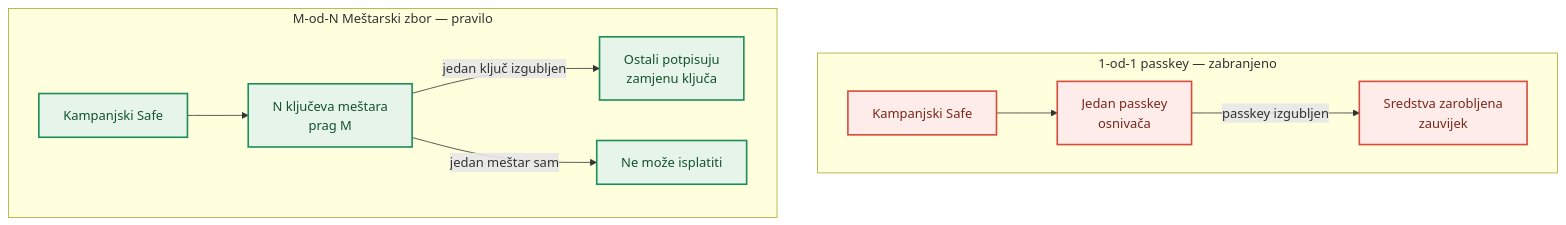
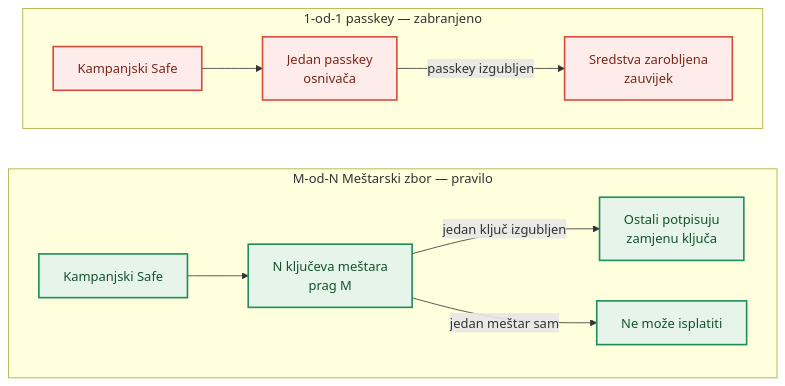
Before and after one commit to dbhzhr/dbhz-novcanik-prototip: the third of 4 diagrams in docs/compliance/sigurnost-i-skrbnistvo.md, drawn with Mermaid. The commit also changed 5 other files, not shown here.

````diff
--- a/docs/compliance/sigurnost-i-skrbnistvo.md
+++ b/docs/compliance/sigurnost-i-skrbnistvo.md
@@ -123,16 +123,17 @@
 ```mermaid
 flowchart TB
     subgraph LOSE["1-od-1 passkey — zabranjeno"]
         A1["Kampanjski Safe"] --> A2["Jedan passkey<br/>osnivača"]
         A2 -->|"passkey izgubljen"| A3["Sredstva zarobljena<br/>zauvijek"]
     end
     subgraph WIN["M-od-N Meštarski zbor — pravilo"]
         B1["Kampanjski Safe"] --> B2["N ključeva meštara<br/>prag M"]
         B2 -->|"jedan ključ izgubljen"| B3["Ostali potpisuju<br/>zamjenu ključa"]
         B2 -->|"jedan meštar sam"| B4["Ne može isplatiti"]
     end
+    LOSE ~~~ WIN
     classDef leak fill:#fdecea,stroke:#d64d3f,stroke-width:2px,color:#7a271a;
     classDef win fill:#e6f4ea,stroke:#1e8e5a,stroke-width:2px,color:#14532d;
     class A1,A2,A3 leak;
     class B1,B2,B3,B4 win;
 ```
````
